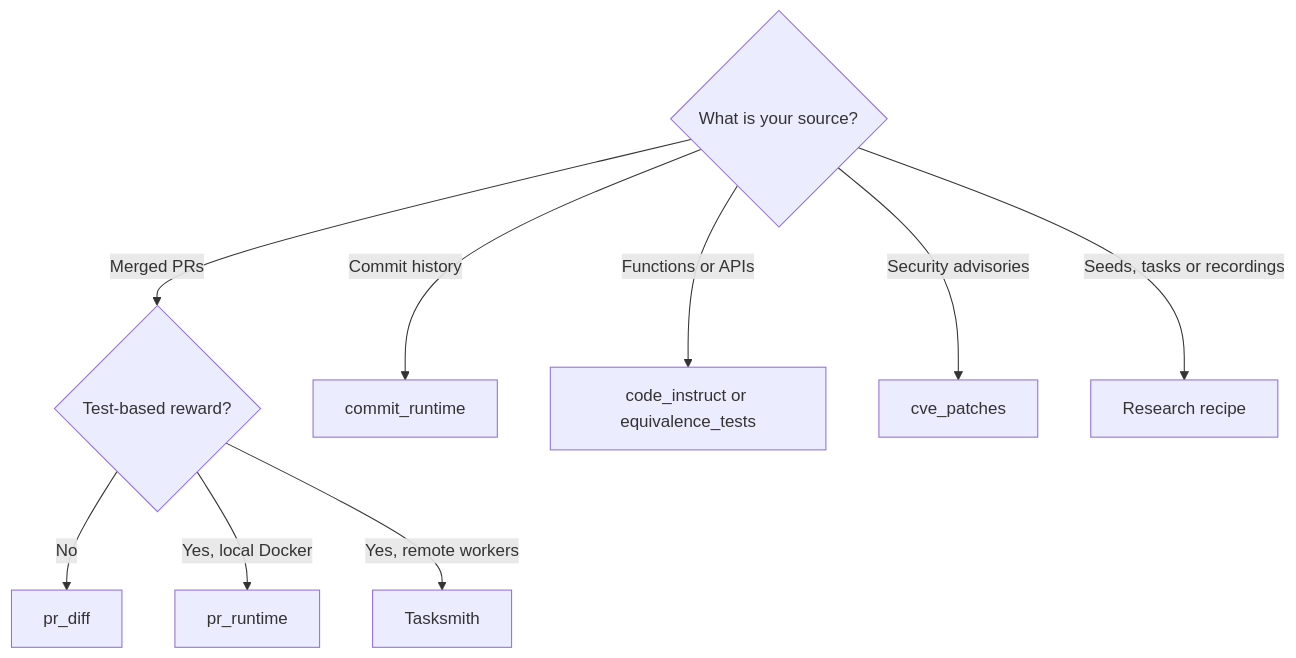
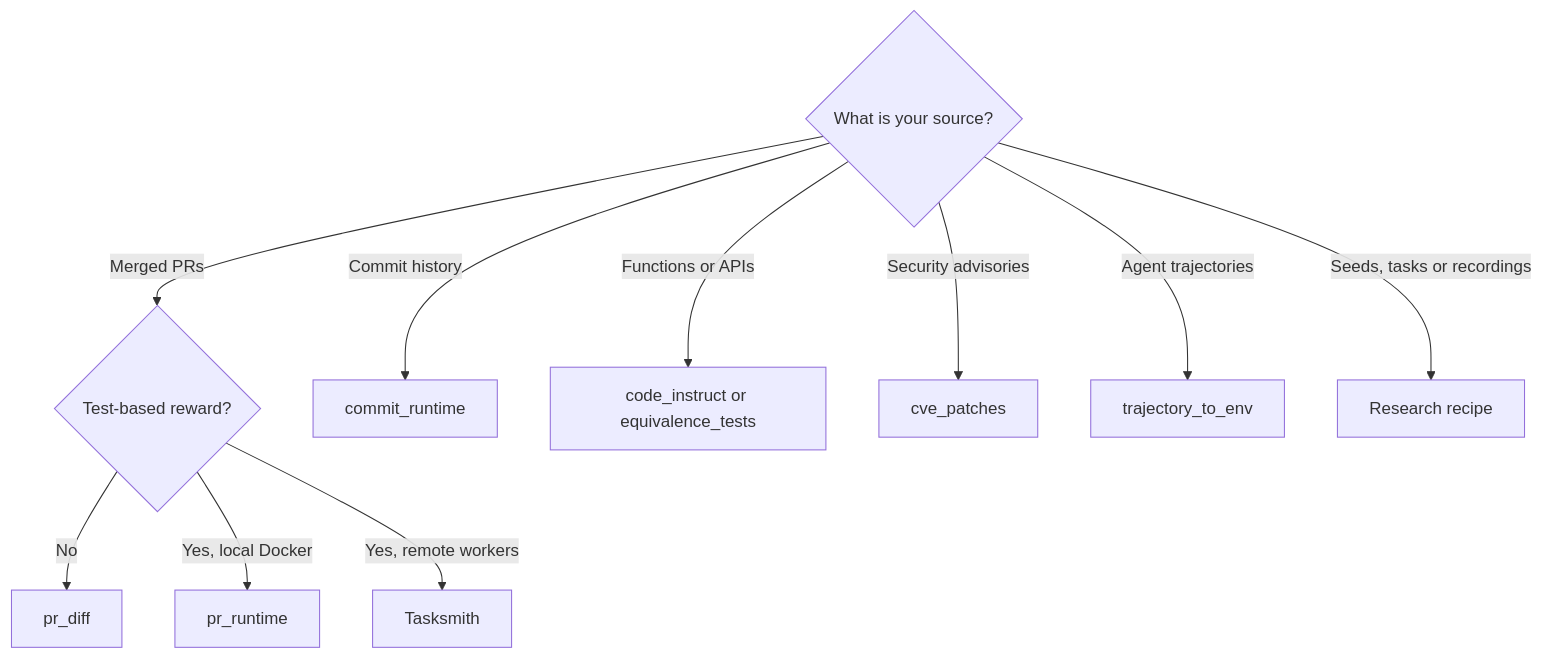
One commit to huggingface/Repo2RLEnv changed the diagram in docs/choose-a-pipeline.mdx. Above: the diagram before and after it, drawn with Mermaid. The commit also changed other lines of this file and 46 other files, not shown here.

First line of the commit message:
trajectory: generate Harbor tasks from recorded agent sessions (#237)

````diff
--- a/docs/choose-a-pipeline.mdx
+++ b/docs/choose-a-pipeline.mdx
@@ -15,12 +15,13 @@
 ```mermaid
 flowchart TD
   S{"What is your source?"}
   S -->|"Merged PRs"| R{"Test-based reward?"}
   R -->|"No"| PD["pr_diff"]
   R -->|"Yes, local Docker"| PR["pr_runtime"]
   R -->|"Yes, remote workers"| TS["Tasksmith"]
   S -->|"Commit history"| CR["commit_runtime"]
   S -->|"Functions or APIs"| FN["code_instruct or equivalence_tests"]
   S -->|"Security advisories"| CV["cve_patches"]
+  S -->|"Agent trajectories"| TR["trajectory_to_env"]
   S -->|"Seeds, tasks or recordings"| RR["Research recipe"]
 ```
````
